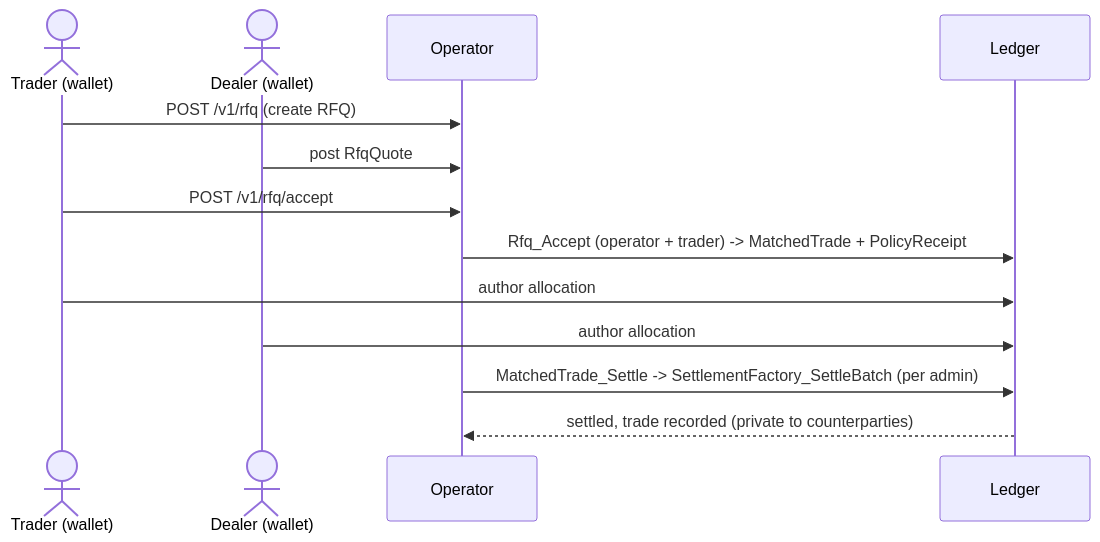
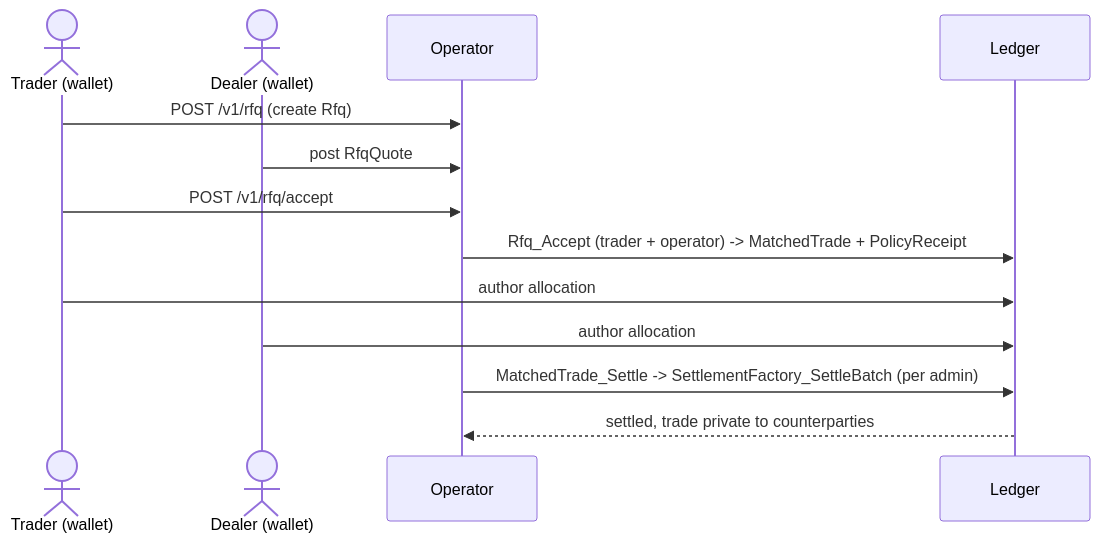
One commit to srikanth-bitdynamics/Canton-Dex-Reference-Implementation changed the fourth of 4 diagrams in docs/concepts/workflows.md. Above: the diagram before and after it, drawn with Mermaid. The commit also changed other lines of this file and 30 other files, not shown here.

````diff
--- a/docs/concepts/workflows.md
+++ b/docs/concepts/workflows.md
@@ -188,15 +221,15 @@
 ```mermaid
 sequenceDiagram
     actor T as Trader (wallet)
     actor Dl as Dealer (wallet)
     participant O as Operator
     participant L as Ledger
-    T->>O: POST /v1/rfq (create RFQ)
+    T->>O: POST /v1/rfq (create Rfq)
     Dl->>O: post RfqQuote
     T->>O: POST /v1/rfq/accept
-    O->>L: Rfq_Accept (operator + trader) -> MatchedTrade + PolicyReceipt
+    O->>L: Rfq_Accept (trader + operator) -> MatchedTrade + PolicyReceipt
     T->>L: author allocation
     Dl->>L: author allocation
     O->>L: MatchedTrade_Settle -> SettlementFactory_SettleBatch (per admin)
-    L-->>O: settled, trade recorded (private to counterparties)
+    L-->>O: settled, trade private to counterparties
 ```
````
